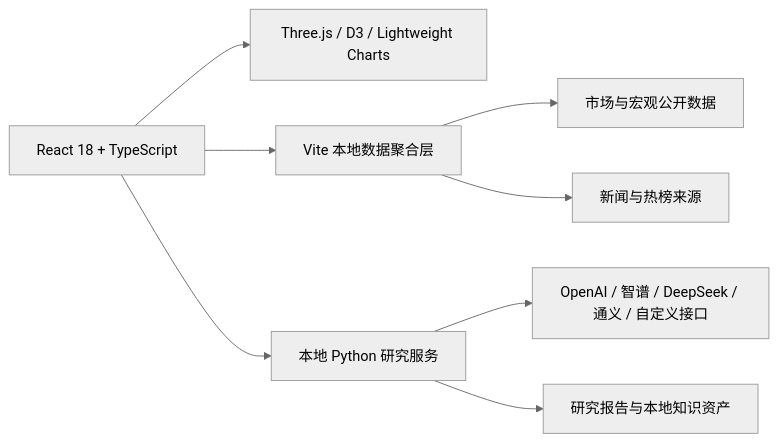
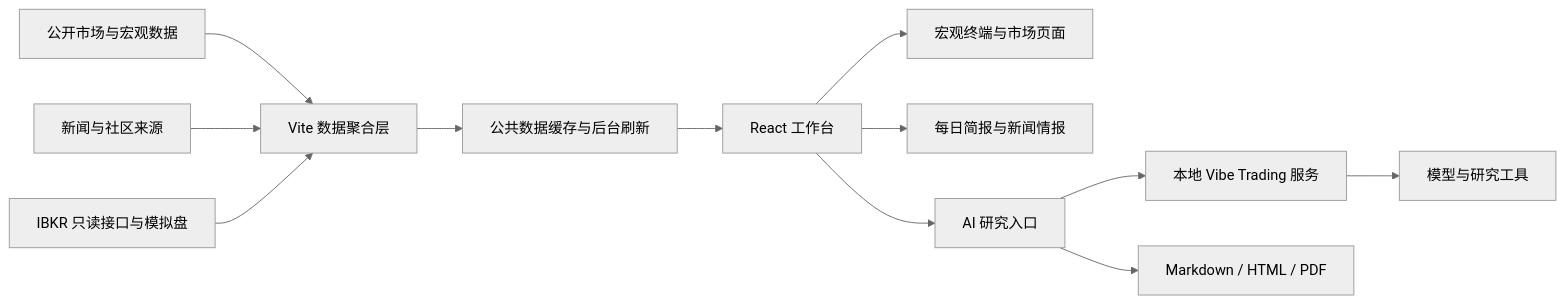
One commit to XiaoyeCodes/SparkFlow changed the diagram in README.md. Above: the diagram before and after it, drawn with Mermaid (neutral theme). The commit also changed other lines of this file and 11 other files, not shown here.

````diff
--- a/README.md
+++ b/README.md
@@ -50,10 +98,14 @@
 ```mermaid
 flowchart LR
-    UI[React 18 + TypeScript] --> VIS[Three.js / D3 / Lightweight Charts]
-    UI --> API[Vite 本地数据聚合层]
-    API --> MARKET[市场与宏观公开数据]
-    API --> NEWS[新闻与热榜来源]
-    UI --> RESEARCH[本地 Python 研究服务]
-    RESEARCH --> MODEL[OpenAI / 智谱 / DeepSeek / 通义 / 自定义接口]
-    RESEARCH --> EXPORT[研究报告与本地知识资产]
+    PUBLIC[公开市场与宏观数据] --> API[Vite 数据聚合层]
+    NEWS[新闻与社区来源] --> API
+    IBKR[IBKR 只读接口与模拟盘] --> API
+    API --> CACHE[公共数据缓存与后台刷新]
+    CACHE --> UI[React 工作台]
+    UI --> TERMINAL[宏观终端与市场页面]
+    UI --> BRIEF[每日简报与新闻情报]
+    UI --> RESEARCH[AI 研究入口]
+    RESEARCH --> VIBE[本地 Vibe Trading 服务]
+    VIBE --> MODELS[模型与研究工具]
+    RESEARCH --> EXPORT[Markdown / HTML / PDF]
 ```
````
